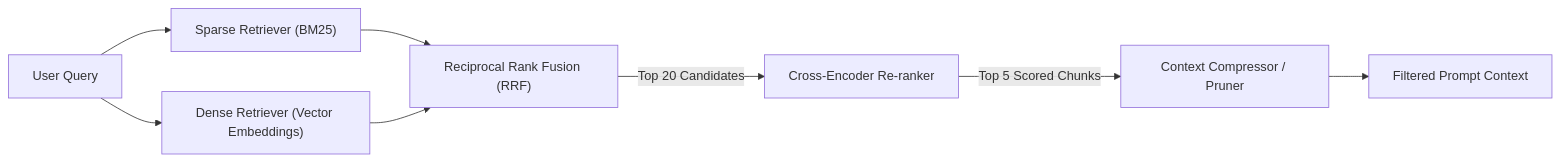
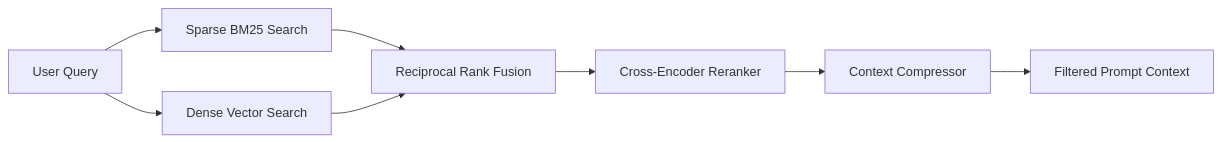
The diagram in plans/plan1.md (Souheil007/Rag_Full_Version), drawn with Mermaid before and after one commit. The commit also changed 6 other files, not shown here.

Commit message:
docs: standardize all Mermaid diagrams across docs and plans to clean flowchart format

````diff
--- a/plans/plan1.md
+++ b/plans/plan1.md
@@ -10,10 +10,10 @@
 ```mermaid
 flowchart LR
-    Q["User Query"] --> S["Sparse Retriever (BM25)"]
-    Q --> D["Dense Retriever (Vector Embeddings)"]
-    S --> F["Reciprocal Rank Fusion (RRF)"]
+    Q["User Query"] --> S["Sparse BM25 Search"]
+    Q --> D["Dense Vector Search"]
+    S --> F["Reciprocal Rank Fusion"]
     D --> F
-    F -->|"Top 20 Candidates"| R["Cross-Encoder Re-ranker"]
-    R -->|"Top 5 Scored Chunks"| C["Context Compressor / Pruner"]
+    F --> R["Cross-Encoder Reranker"]
+    R --> C["Context Compressor"]
     C --> Out["Filtered Prompt Context"]
 ```
````
